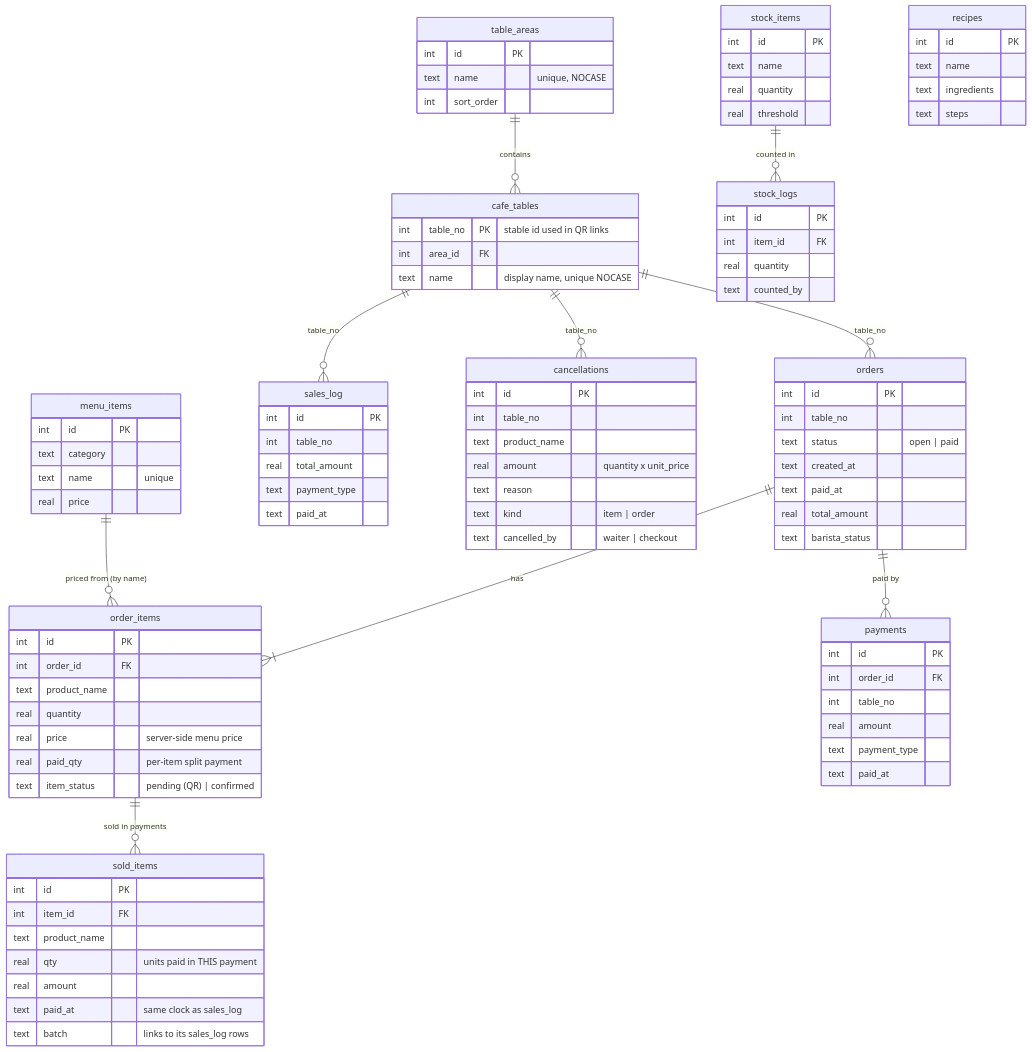
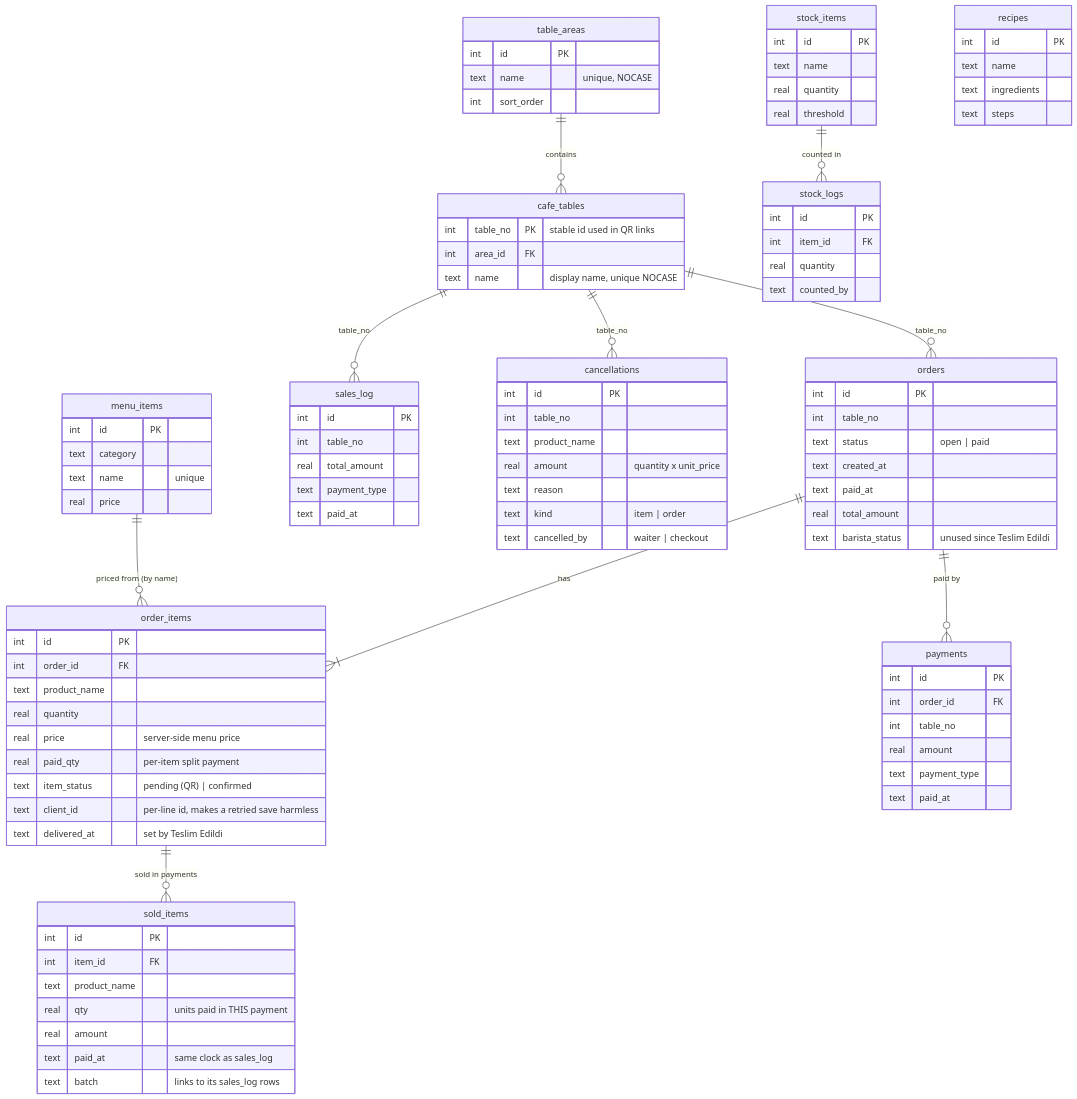
The fourth of 6 diagrams in README.md (HikmetEmre/YUZDOKSANBES_POS_MANAGER), drawn with Mermaid before and after one commit. The commit also changed other lines of this file and 11 other files, not shown here.

```diff
--- a/README.md
+++ b/README.md
@@ -237,7 +237,7 @@
         text created_at
         text paid_at
         real total_amount
-        text barista_status
+        text barista_status "unused since Teslim Edildi"
     }
     order_items {
         int id PK
@@ -247,6 +247,8 @@
         real price "server-side menu price"
         real paid_qty "per-item split payment"
         text item_status "pending (QR) | confirmed"
+        text client_id "per-line id, makes a retried save harmless"
+        text delivered_at "set by Teslim Edildi"
     }
     payments {
         int id PK
```
